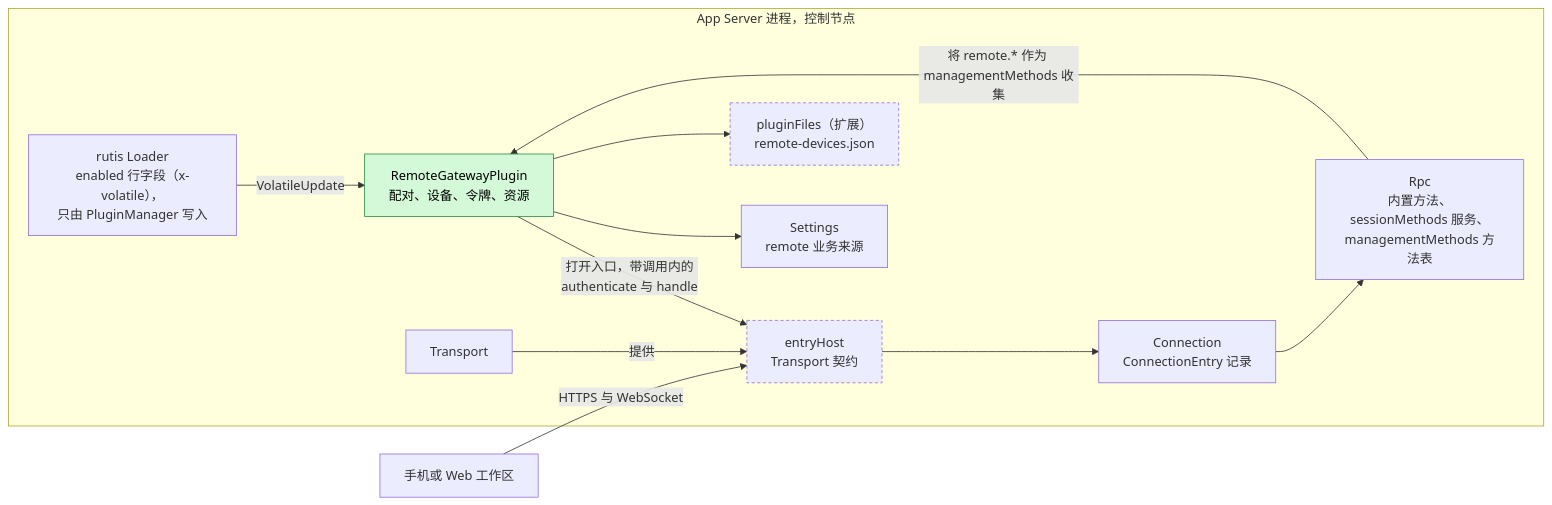
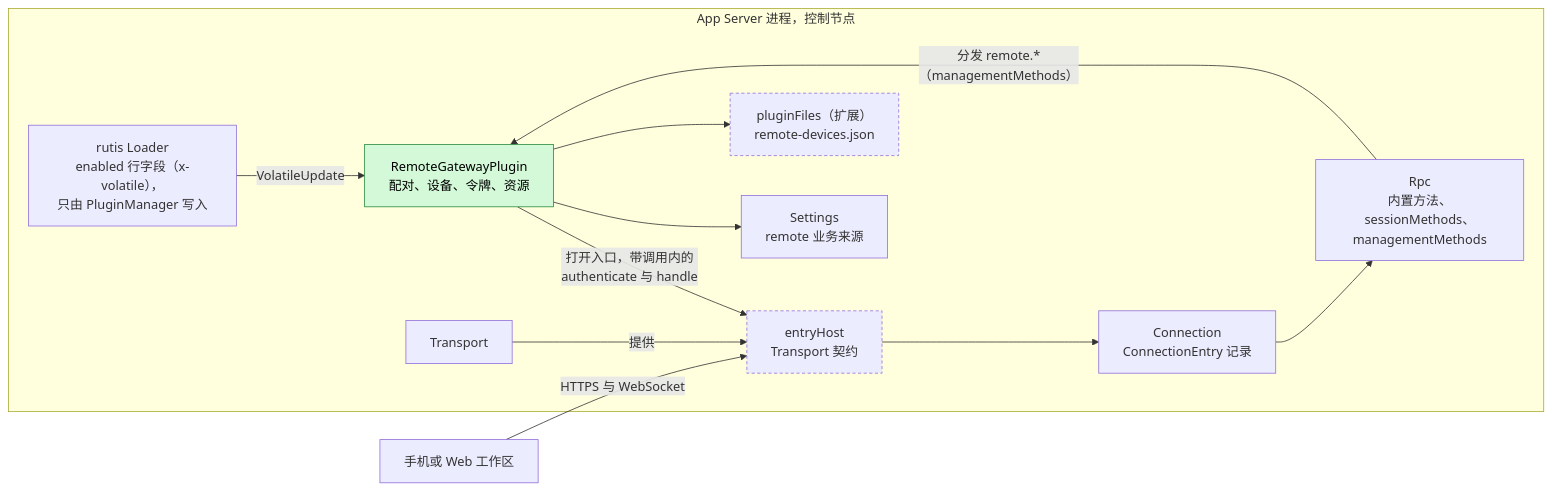
The first of 6 diagrams in docs/zh/design/plugins/RemoteGateway.md (CoutinhoTTS/dim-agent), drawn with Mermaid before and after one commit. The commit also changed other lines of this file and 163 other files, not shown here.

````diff
--- a/docs/zh/design/plugins/RemoteGateway.md
+++ b/docs/zh/design/plugins/RemoteGateway.md
@@ -11,25 +11,25 @@
 ```mermaid
 flowchart LR
   subgraph P["App Server 进程，控制节点"]
     RG["RemoteGatewayPlugin<br/>配对、设备、令牌、资源"]:::new
     EH["entryHost<br/>Transport 契约"]:::contract
     TR["Transport"]
     CONN["Connection<br/>ConnectionEntry 记录"]
-    RPC["Rpc<br/>内置方法、sessionMethods 服务、<br/>managementMethods 方法表"]
+    RPC["Rpc<br/>内置方法、sessionMethods、<br/>managementMethods"]
     SET["Settings<br/>remote 业务来源"]
     LDR["rutis Loader<br/>enabled 行字段（x-volatile），<br/>只由 PluginManager 写入"]
     PST["pluginFiles（扩展）<br/>remote-devices.json"]:::contract
   end
   DEV["手机或 Web 工作区"]
   DEV -->|"HTTPS 与 WebSocket"| EH
   RG -->|"打开入口，带调用内的<br/>authenticate 与 handle"| EH
   TR -->|"提供"| EH
   EH --> CONN
   CONN --> RPC
-  RPC -->|"将 remote.* 作为 managementMethods 收集"| RG
+  RPC -->|"分发 remote.*（managementMethods）"| RG
   RG --> SET
   LDR -->|"VolatileUpdate"| RG
   RG --> PST
   classDef new fill:#d3f9d8,stroke:#2b8a3e,color:#000
   classDef contract stroke-dasharray:4 3
 ```
````
